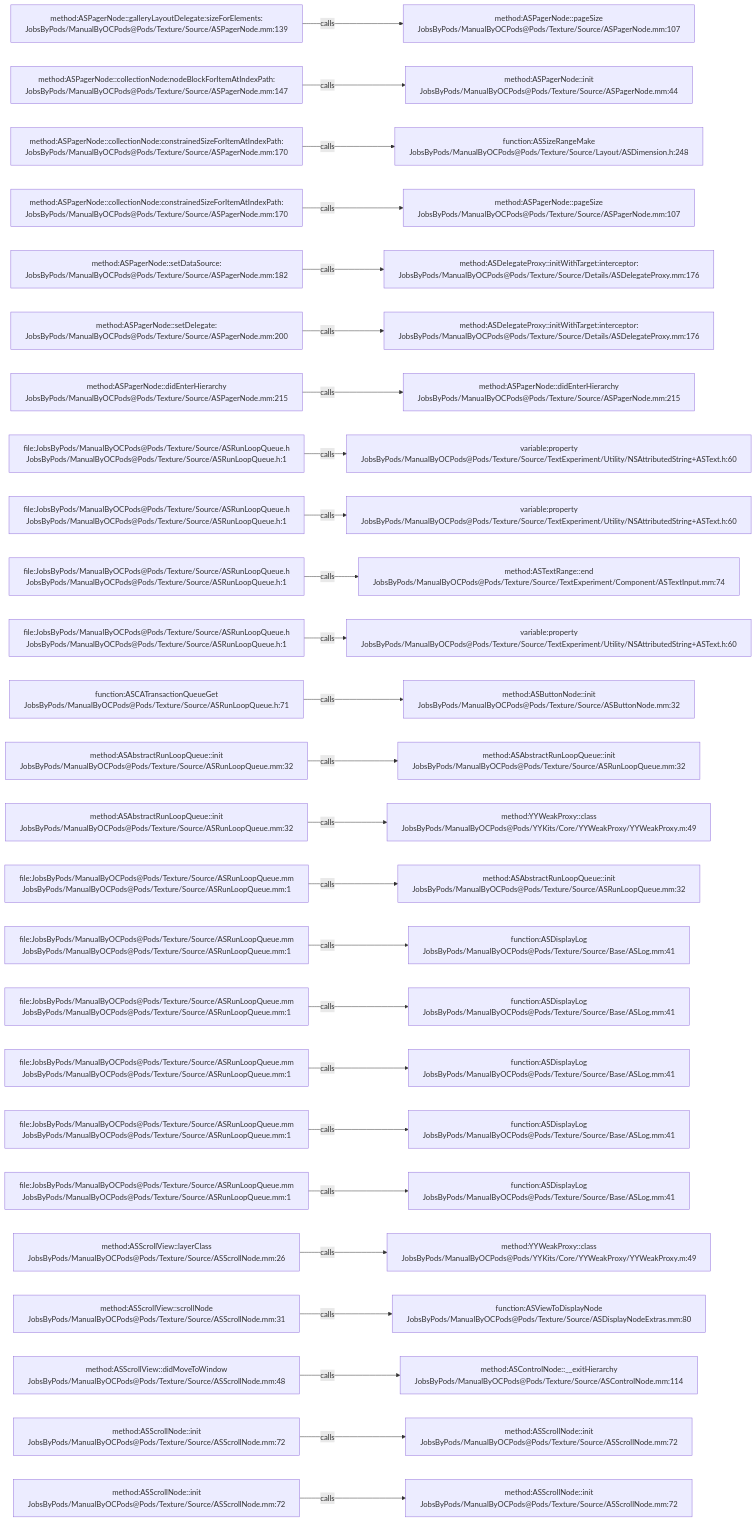
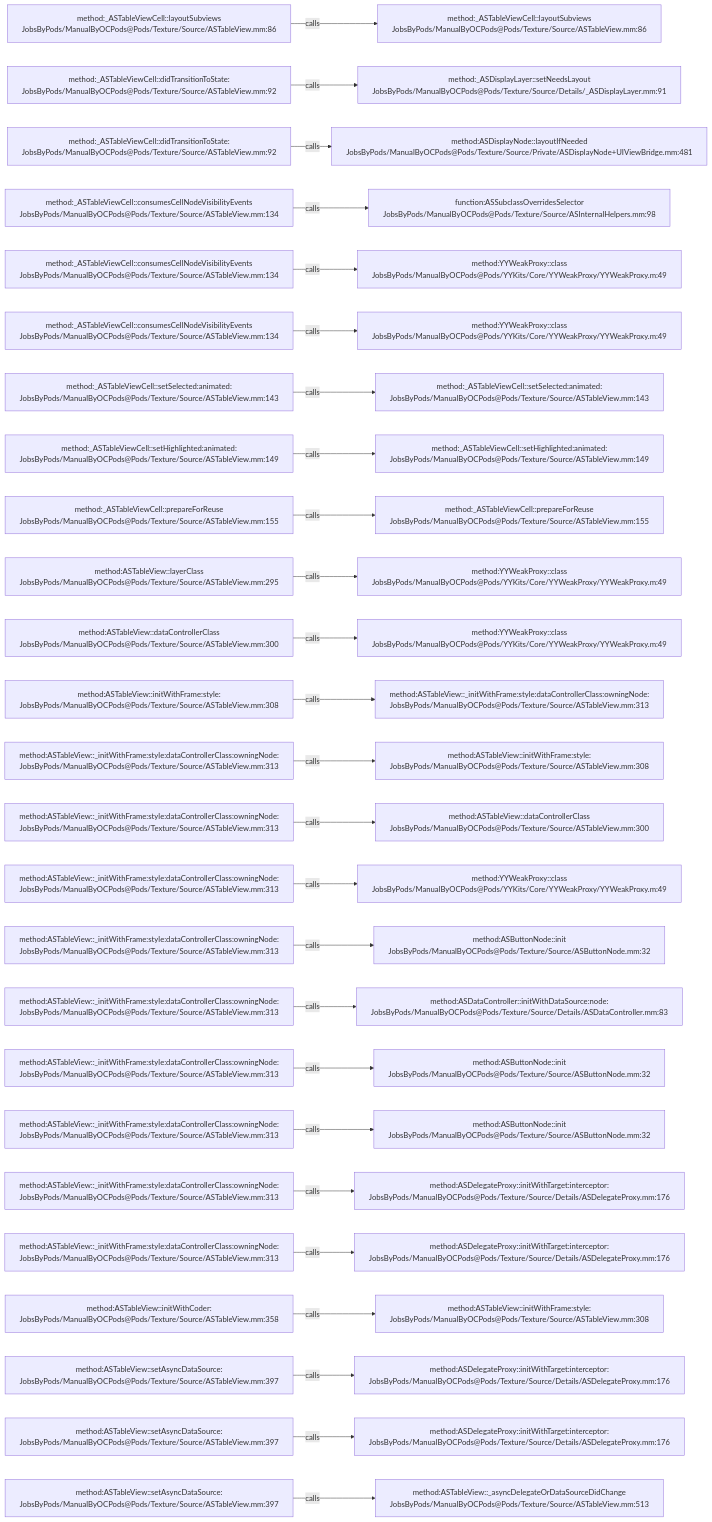
Before and after one commit to JobsKits/JobsOCBaseConfigDemo: the diagram in .codegraph/codegraph.md/graphs/calls-128.md, drawn with Mermaid. The commit also changed 1223 other files, not shown here.

````diff
--- a/.codegraph/codegraph.md/graphs/calls-128.md
+++ b/.codegraph/codegraph.md/graphs/calls-128.md
@@ -13,78 +13,78 @@
 ```mermaid
 flowchart LR
-  S1["method:ASPagerNode::galleryLayoutDelegate:sizeForElements:<br/>JobsByPods/ManualByOCPods@Pods/Texture/Source/ASPagerNode.mm:139"]
-  T1["method:ASPagerNode::pageSize<br/>JobsByPods/ManualByOCPods@Pods/Texture/Source/ASPagerNode.mm:107"]
+  S1["method:_ASTableViewCell::layoutSubviews<br/>JobsByPods/ManualByOCPods@Pods/Texture/Source/ASTableView.mm:86"]
+  T1["method:_ASTableViewCell::layoutSubviews<br/>JobsByPods/ManualByOCPods@Pods/Texture/Source/ASTableView.mm:86"]
   S1 -->|calls| T1
-  S2["method:ASPagerNode::collectionNode:nodeBlockForItemAtIndexPath:<br/>JobsByPods/ManualByOCPods@Pods/Texture/Source/ASPagerNode.mm:147"]
-  T2["method:ASPagerNode::init<br/>JobsByPods/ManualByOCPods@Pods/Texture/Source/ASPagerNode.mm:44"]
+  S2["method:_ASTableViewCell::didTransitionToState:<br/>JobsByPods/ManualByOCPods@Pods/Texture/Source/ASTableView.mm:92"]
+  T2["method:_ASDisplayLayer::setNeedsLayout<br/>JobsByPods/ManualByOCPods@Pods/Texture/Source/Details/_ASDisplayLayer.mm:91"]
   S2 -->|calls| T2
-  S3["method:ASPagerNode::collectionNode:constrainedSizeForItemAtIndexPath:<br/>JobsByPods/ManualByOCPods@Pods/Texture/Source/ASPagerNode.mm:170"]
-  T3["function:ASSizeRangeMake<br/>JobsByPods/ManualByOCPods@Pods/Texture/Source/Layout/ASDimension.h:248"]
+  S3["method:_ASTableViewCell::didTransitionToState:<br/>JobsByPods/ManualByOCPods@Pods/Texture/Source/ASTableView.mm:92"]
+  T3["method:ASDisplayNode::layoutIfNeeded<br/>JobsByPods/ManualByOCPods@Pods/Texture/Source/Private/ASDisplayNode+UIViewBridge.mm:481"]
   S3 -->|calls| T3
-  S4["method:ASPagerNode::collectionNode:constrainedSizeForItemAtIndexPath:<br/>JobsByPods/ManualByOCPods@Pods/Texture/Source/ASPagerNode.mm:170"]
-  T4["method:ASPagerNode::pageSize<br/>JobsByPods/ManualByOCPods@Pods/Texture/Source/ASPagerNode.mm:107"]
+  S4["method:_ASTableViewCell::consumesCellNodeVisibilityEvents<br/>JobsByPods/ManualByOCPods@Pods/Texture/Source/ASTableView.mm:134"]
+  T4["function:ASSubclassOverridesSelector<br/>JobsByPods/ManualByOCPods@Pods/Texture/Source/ASInternalHelpers.mm:98"]
   S4 -->|calls| T4
-  S5["method:ASPagerNode::setDataSource:<br/>JobsByPods/ManualByOCPods@Pods/Texture/Source/ASPagerNode.mm:182"]
-  T5["method:ASDelegateProxy::initWithTarget:interceptor:<br/>JobsByPods/ManualByOCPods@Pods/Texture/Source/Details/ASDelegateProxy.mm:176"]
+  S5["method:_ASTableViewCell::consumesCellNodeVisibilityEvents<br/>JobsByPods/ManualByOCPods@Pods/Texture/Source/ASTableView.mm:134"]
+  T5["method:YYWeakProxy::class<br/>JobsByPods/ManualByOCPods@Pods/YYKits/Core/YYWeakProxy/YYWeakProxy.m:49"]
   S5 -->|calls| T5
-  S6["method:ASPagerNode::setDelegate:<br/>JobsByPods/ManualByOCPods@Pods/Texture/Source/ASPagerNode.mm:200"]
-  T6["method:ASDelegateProxy::initWithTarget:interceptor:<br/>JobsByPods/ManualByOCPods@Pods/Texture/Source/Details/ASDelegateProxy.mm:176"]
+  S6["method:_ASTableViewCell::consumesCellNodeVisibilityEvents<br/>JobsByPods/ManualByOCPods@Pods/Texture/Source/ASTableView.mm:134"]
+  T6["method:YYWeakProxy::class<br/>JobsByPods/ManualByOCPods@Pods/YYKits/Core/YYWeakProxy/YYWeakProxy.m:49"]
   S6 -->|calls| T6
-  S7["method:ASPagerNode::didEnterHierarchy<br/>JobsByPods/ManualByOCPods@Pods/Texture/Source/ASPagerNode.mm:215"]
-  T7["method:ASPagerNode::didEnterHierarchy<br/>JobsByPods/ManualByOCPods@Pods/Texture/Source/ASPagerNode.mm:215"]
+  S7["method:_ASTableViewCell::setSelected:animated:<br/>JobsByPods/ManualByOCPods@Pods/Texture/Source/ASTableView.mm:143"]
+  T7["method:_ASTableViewCell::setSelected:animated:<br/>JobsByPods/ManualByOCPods@Pods/Texture/Source/ASTableView.mm:143"]
   S7 -->|calls| T7
-  S8["file:JobsByPods/ManualByOCPods@Pods/Texture/Source/ASRunLoopQueue.h<br/>JobsByPods/ManualByOCPods@Pods/Texture/Source/ASRunLoopQueue.h:1"]
-  T8["variable:property<br/>JobsByPods/ManualByOCPods@Pods/Texture/Source/TextExperiment/Utility/NSAttributedString+ASText.h:60"]
+  S8["method:_ASTableViewCell::setHighlighted:animated:<br/>JobsByPods/ManualByOCPods@Pods/Texture/Source/ASTableView.mm:149"]
+  T8["method:_ASTableViewCell::setHighlighted:animated:<br/>JobsByPods/ManualByOCPods@Pods/Texture/Source/ASTableView.mm:149"]
   S8 -->|calls| T8
-  S9["file:JobsByPods/ManualByOCPods@Pods/Texture/Source/ASRunLoopQueue.h<br/>JobsByPods/ManualByOCPods@Pods/Texture/Source/ASRunLoopQueue.h:1"]
-  T9["variable:property<br/>JobsByPods/ManualByOCPods@Pods/Texture/Source/TextExperiment/Utility/NSAttributedString+ASText.h:60"]
+  S9["method:_ASTableViewCell::prepareForReuse<br/>JobsByPods/ManualByOCPods@Pods/Texture/Source/ASTableView.mm:155"]
+  T9["method:_ASTableViewCell::prepareForReuse<br/>JobsByPods/ManualByOCPods@Pods/Texture/Source/ASTableView.mm:155"]
   S9 -->|calls| T9
-  S10["file:JobsByPods/ManualByOCPods@Pods/Texture/Source/ASRunLoopQueue.h<br/>JobsByPods/ManualByOCPods@Pods/Texture/Source/ASRunLoopQueue.h:1"]
-  T10["method:ASTextRange::end<br/>JobsByPods/ManualByOCPods@Pods/Texture/Source/TextExperiment/Component/ASTextInput.mm:74"]
+  S10["method:ASTableView::layerClass<br/>JobsByPods/ManualByOCPods@Pods/Texture/Source/ASTableView.mm:295"]
+  T10["method:YYWeakProxy::class<br/>JobsByPods/ManualByOCPods@Pods/YYKits/Core/YYWeakProxy/YYWeakProxy.m:49"]
   S10 -->|calls| T10
-  S11["file:JobsByPods/ManualByOCPods@Pods/Texture/Source/ASRunLoopQueue.h<br/>JobsByPods/ManualByOCPods@Pods/Texture/Source/ASRunLoopQueue.h:1"]
-  T11["variable:property<br/>JobsByPods/ManualByOCPods@Pods/Texture/Source/TextExperiment/Utility/NSAttributedString+ASText.h:60"]
+  S11["method:ASTableView::dataControllerClass<br/>JobsByPods/ManualByOCPods@Pods/Texture/Source/ASTableView.mm:300"]
+  T11["method:YYWeakProxy::class<br/>JobsByPods/ManualByOCPods@Pods/YYKits/Core/YYWeakProxy/YYWeakProxy.m:49"]
   S11 -->|calls| T11
-  S12["function:ASCATransactionQueueGet<br/>JobsByPods/ManualByOCPods@Pods/Texture/Source/ASRunLoopQueue.h:71"]
-  T12["method:ASButtonNode::init<br/>JobsByPods/ManualByOCPods@Pods/Texture/Source/ASButtonNode.mm:32"]
+  S12["method:ASTableView::initWithFrame:style:<br/>JobsByPods/ManualByOCPods@Pods/Texture/Source/ASTableView.mm:308"]
+  T12["method:ASTableView::_initWithFrame:style:dataControllerClass:owningNode:<br/>JobsByPods/ManualByOCPods@Pods/Texture/Source/ASTableView.mm:313"]
   S12 -->|calls| T12
-  S13["method:ASAbstractRunLoopQueue::init<br/>JobsByPods/ManualByOCPods@Pods/Texture/Source/ASRunLoopQueue.mm:32"]
-  T13["method:ASAbstractRunLoopQueue::init<br/>JobsByPods/ManualByOCPods@Pods/Texture/Source/ASRunLoopQueue.mm:32"]
+  S13["method:ASTableView::_initWithFrame:style:dataControllerClass:owningNode:<br/>JobsByPods/ManualByOCPods@Pods/Texture/Source/ASTableView.mm:313"]
+  T13["method:ASTableView::initWithFrame:style:<br/>JobsByPods/ManualByOCPods@Pods/Texture/Source/ASTableView.mm:308"]
   S13 -->|calls| T13
-  S14["method:ASAbstractRunLoopQueue::init<br/>JobsByPods/ManualByOCPods@Pods/Texture/Source/ASRunLoopQueue.mm:32"]
-  T14["method:YYWeakProxy::class<br/>JobsByPods/ManualByOCPods@Pods/YYKits/Core/YYWeakProxy/YYWeakProxy.m:49"]
+  S14["method:ASTableView::_initWithFrame:style:dataControllerClass:owningNode:<br/>JobsByPods/ManualByOCPods@Pods/Texture/Source/ASTableView.mm:313"]
+  T14["method:ASTableView::dataControllerClass<br/>JobsByPods/ManualByOCPods@Pods/Texture/Source/ASTableView.mm:300"]
   S14 -->|calls| T14
-  S15["file:JobsByPods/ManualByOCPods@Pods/Texture/Source/ASRunLoopQueue.mm<br/>JobsByPods/ManualByOCPods@Pods/Texture/Source/ASRunLoopQueue.mm:1"]
-  T15["method:ASAbstractRunLoopQueue::init<br/>JobsByPods/ManualByOCPods@Pods/Texture/Source/ASRunLoopQueue.mm:32"]
+  S15["method:ASTableView::_initWithFrame:style:dataControllerClass:owningNode:<br/>JobsByPods/ManualByOCPods@Pods/Texture/Source/ASTableView.mm:313"]
+  T15["method:YYWeakProxy::class<br/>JobsByPods/ManualByOCPods@Pods/YYKits/Core/YYWeakProxy/YYWeakProxy.m:49"]
   S15 -->|calls| T15
-  S16["file:JobsByPods/ManualByOCPods@Pods/Texture/Source/ASRunLoopQueue.mm<br/>JobsByPods/ManualByOCPods@Pods/Texture/Source/ASRunLoopQueue.mm:1"]
-  T16["function:ASDisplayLog<br/>JobsByPods/ManualByOCPods@Pods/Texture/Source/Base/ASLog.mm:41"]
+  S16["method:ASTableView::_initWithFrame:style:dataControllerClass:owningNode:<br/>JobsByPods/ManualByOCPods@Pods/Texture/Source/ASTableView.mm:313"]
+  T16["method:ASButtonNode::init<br/>JobsByPods/ManualByOCPods@Pods/Texture/Source/ASButtonNode.mm:32"]
   S16 -->|calls| T16
-  S17["file:JobsByPods/ManualByOCPods@Pods/Texture/Source/ASRunLoopQueue.mm<br/>JobsByPods/ManualByOCPods@Pods/Texture/Source/ASRunLoopQueue.mm:1"]
-  T17["function:ASDisplayLog<br/>JobsByPods/ManualByOCPods@Pods/Texture/Source/Base/ASLog.mm:41"]
+  S17["method:ASTableView::_initWithFrame:style:dataControllerClass:owningNode:<br/>JobsByPods/ManualByOCPods@Pods/Texture/Source/ASTableView.mm:313"]
+  T17["method:ASDataController::initWithDataSource:node:<br/>JobsByPods/ManualByOCPods@Pods/Texture/Source/Details/ASDataController.mm:83"]
   S17 -->|calls| T17
-  S18["file:JobsByPods/ManualByOCPods@Pods/Texture/Source/ASRunLoopQueue.mm<br/>JobsByPods/ManualByOCPods@Pods/Texture/Source/ASRunLoopQueue.mm:1"]
-  T18["function:ASDisplayLog<br/>JobsByPods/ManualByOCPods@Pods/Texture/Source/Base/ASLog.mm:41"]
+  S18["method:ASTableView::_initWithFrame:style:dataControllerClass:owningNode:<br/>JobsByPods/ManualByOCPods@Pods/Texture/Source/ASTableView.mm:313"]
+  T18["method:ASButtonNode::init<br/>JobsByPods/ManualByOCPods@Pods/Texture/Source/ASButtonNode.mm:32"]
   S18 -->|calls| T18
-  S19["file:JobsByPods/ManualByOCPods@Pods/Texture/Source/ASRunLoopQueue.mm<br/>JobsByPods/ManualByOCPods@Pods/Texture/Source/ASRunLoopQueue.mm:1"]
-  T19["function:ASDisplayLog<br/>JobsByPods/ManualByOCPods@Pods/Texture/Source/Base/ASLog.mm:41"]
+  S19["method:ASTableView::_initWithFrame:style:dataControllerClass:owningNode:<br/>JobsByPods/ManualByOCPods@Pods/Texture/Source/ASTableView.mm:313"]
+  T19["method:ASButtonNode::init<br/>JobsByPods/ManualByOCPods@Pods/Texture/Source/ASButtonNode.mm:32"]
   S19 -->|calls| T19
-  S20["file:JobsByPods/ManualByOCPods@Pods/Texture/Source/ASRunLoopQueue.mm<br/>JobsByPods/ManualByOCPods@Pods/Texture/Source/ASRunLoopQueue.mm:1"]
-  T20["function:ASDisplayLog<br/>JobsByPods/ManualByOCPods@Pods/Texture/Source/Base/ASLog.mm:41"]
+  S20["method:ASTableView::_initWithFrame:style:dataControllerClass:owningNode:<br/>JobsByPods/ManualByOCPods@Pods/Texture/Source/ASTableView.mm:313"]
+  T20["method:ASDelegateProxy::initWithTarget:interceptor:<br/>JobsByPods/ManualByOCPods@Pods/Texture/Source/Details/ASDelegateProxy.mm:176"]
   S20 -->|calls| T20
-  S21["method:ASScrollView::layerClass<br/>JobsByPods/ManualByOCPods@Pods/Texture/Source/ASScrollNode.mm:26"]
-  T21["method:YYWeakProxy::class<br/>JobsByPods/ManualByOCPods@Pods/YYKits/Core/YYWeakProxy/YYWeakProxy.m:49"]
+  S21["method:ASTableView::_initWithFrame:style:dataControllerClass:owningNode:<br/>JobsByPods/ManualByOCPods@Pods/Texture/Source/ASTableView.mm:313"]
+  T21["method:ASDelegateProxy::initWithTarget:interceptor:<br/>JobsByPods/ManualByOCPods@Pods/Texture/Source/Details/ASDelegateProxy.mm:176"]
   S21 -->|calls| T21
-  S22["method:ASScrollView::scrollNode<br/>JobsByPods/ManualByOCPods@Pods/Texture/Source/ASScrollNode.mm:31"]
-  T22["function:ASViewToDisplayNode<br/>JobsByPods/ManualByOCPods@Pods/Texture/Source/ASDisplayNodeExtras.mm:80"]
+  S22["method:ASTableView::initWithCoder:<br/>JobsByPods/ManualByOCPods@Pods/Texture/Source/ASTableView.mm:358"]
+  T22["method:ASTableView::initWithFrame:style:<br/>JobsByPods/ManualByOCPods@Pods/Texture/Source/ASTableView.mm:308"]
   S22 -->|calls| T22
-  S23["method:ASScrollView::didMoveToWindow<br/>JobsByPods/ManualByOCPods@Pods/Texture/Source/ASScrollNode.mm:48"]
-  T23["method:ASControlNode::__exitHierarchy<br/>JobsByPods/ManualByOCPods@Pods/Texture/Source/ASControlNode.mm:114"]
+  S23["method:ASTableView::setAsyncDataSource:<br/>JobsByPods/ManualByOCPods@Pods/Texture/Source/ASTableView.mm:397"]
+  T23["method:ASDelegateProxy::initWithTarget:interceptor:<br/>JobsByPods/ManualByOCPods@Pods/Texture/Source/Details/ASDelegateProxy.mm:176"]
   S23 -->|calls| T23
-  S24["method:ASScrollNode::init<br/>JobsByPods/ManualByOCPods@Pods/Texture/Source/ASScrollNode.mm:72"]
-  T24["method:ASScrollNode::init<br/>JobsByPods/ManualByOCPods@Pods/Texture/Source/ASScrollNode.mm:72"]
+  S24["method:ASTableView::setAsyncDataSource:<br/>JobsByPods/ManualByOCPods@Pods/Texture/Source/ASTableView.mm:397"]
+  T24["method:ASDelegateProxy::initWithTarget:interceptor:<br/>JobsByPods/ManualByOCPods@Pods/Texture/Source/Details/ASDelegateProxy.mm:176"]
   S24 -->|calls| T24
-  S25["method:ASScrollNode::init<br/>JobsByPods/ManualByOCPods@Pods/Texture/Source/ASScrollNode.mm:72"]
-  T25["method:ASScrollNode::init<br/>JobsByPods/ManualByOCPods@Pods/Texture/Source/ASScrollNode.mm:72"]
+  S25["method:ASTableView::setAsyncDataSource:<br/>JobsByPods/ManualByOCPods@Pods/Texture/Source/ASTableView.mm:397"]
+  T25["method:ASTableView::_asyncDelegateOrDataSourceDidChange<br/>JobsByPods/ManualByOCPods@Pods/Texture/Source/ASTableView.mm:513"]
   S25 -->|calls| T25
 ```
````
